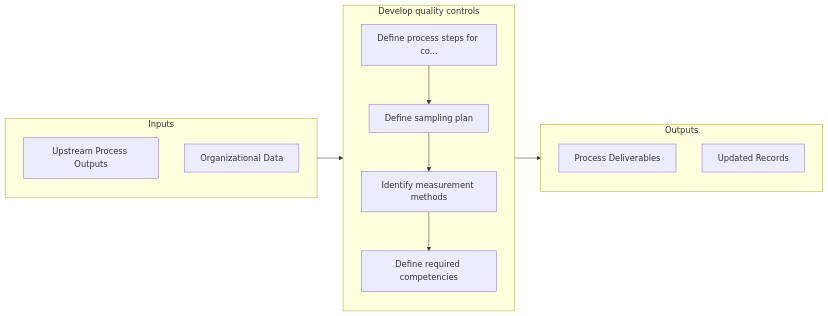
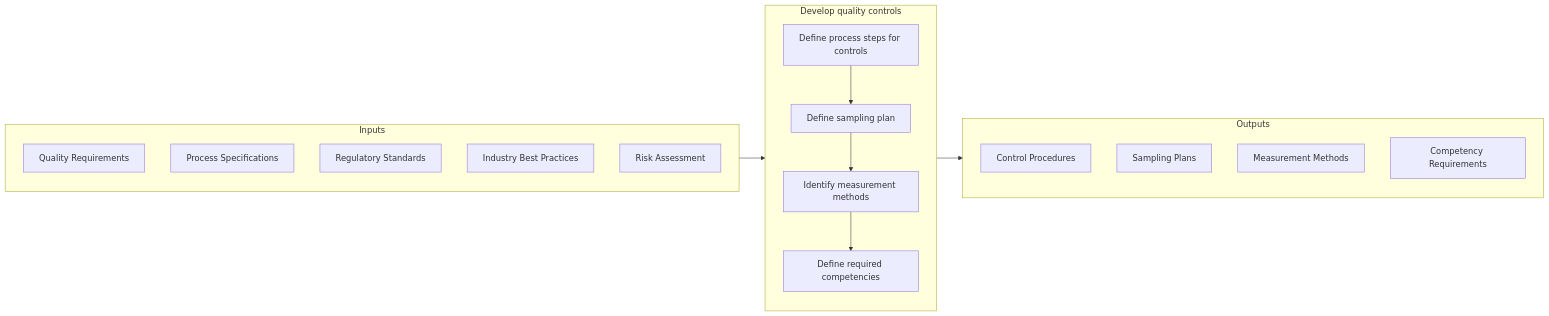
The second of 2 diagrams in processes/13-Capabilities/13.3-ManageEnterpriseQuality/13.3.1-EstablishQualityRequirements/13.3.1.3-DevelopQualityControls/index.mdx (kziemski/business.org.ai), drawn with Mermaid before and after one commit. The commit also changed other lines of this file and 885 other files, not shown here.

````diff
--- a/processes/13-Capabilities/13.3-ManageEnterpriseQuality/13.3.1-EstablishQualityRequirements/13.3.1.3-DevelopQualityControls/index.mdx
+++ b/processes/13-Capabilities/13.3-ManageEnterpriseQuality/13.3.1-EstablishQualityRequirements/13.3.1.3-DevelopQualityControls/index.mdx
@@ -63,24 +65,29 @@
 ```mermaid
 flowchart LR
     subgraph Inputs["Inputs"]
-        I1["Upstream Process Outputs"]
-        I2["Organizational Data"]
+        I1["Quality Requirements"]
+        I2["Process Specifications"]
+        I3["Regulatory Standards"]
+        I4["Industry Best Practices"]
+        I5["Risk Assessment"]
     end
 
     subgraph Process["Develop quality controls"]
-        S1["Define process steps for co..."]
+        S1["Define process steps for controls"]
         S2["Define sampling plan"]
         S3["Identify measurement methods"]
         S4["Define required competencies"]
     end
 
     subgraph Outputs["Outputs"]
-        O1["Process Deliverables"]
-        O2["Updated Records"]
+        O1["Control Procedures"]
+        O2["Sampling Plans"]
+        O3["Measurement Methods"]
+        O4["Competency Requirements"]
     end
 
     Inputs --> Process --> Outputs
     S1 --> S2
     S2 --> S3
     S3 --> S4
 ```
````
